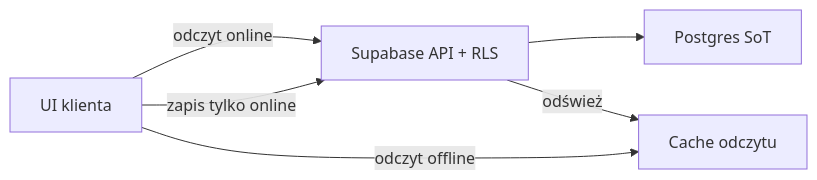
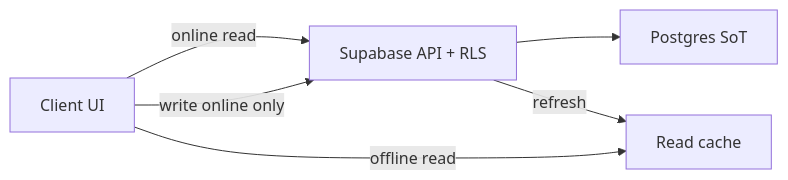
One commit to MarekBiolik/GymManager changed the second of 2 diagrams in docs/architecture/data-and-sync.md. Above: the diagram before and after it, drawn with Mermaid. The commit also changed other lines of this file and 29 other files, not shown here.

First line of the commit message:
docs: translate architecture foundations to English

````diff
--- a/docs/architecture/data-and-sync.md
+++ b/docs/architecture/data-and-sync.md
@@ -44,12 +44,12 @@
 ```mermaid
 flowchart LR
-  UI["UI klienta"]
-  Cache["Cache odczytu"]
+  UI["Client UI"]
+  Cache["Read cache"]
   API["Supabase API + RLS"]
   PG["Postgres SoT"]
-  UI -->|odczyt online| API
+  UI -->|online read| API
   API --> PG
-  API -->|odśwież| Cache
-  UI -->|odczyt offline| Cache
-  UI -->|zapis tylko online| API
+  API -->|refresh| Cache
+  UI -->|offline read| Cache
+  UI -->|write online only| API
 ```
````
